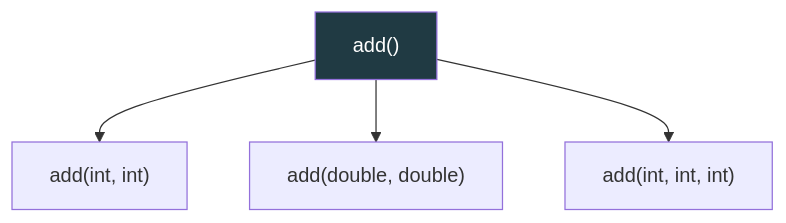
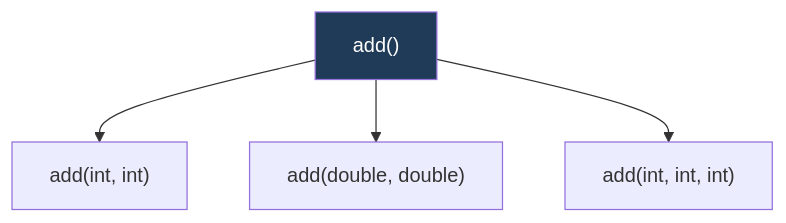
One commit to kundankumarsharma56/Leaning-Java changed the second of 2 diagrams in src/Theory/05-OOPS-Part-1/05-Methods.md. Above: the diagram before and after it, drawn with Mermaid. The commit also changed other lines of this file and 84 other files, not shown here.

````diff
--- a/src/Theory/05-OOPS-Part-1/05-Methods.md
+++ b/src/Theory/05-OOPS-Part-1/05-Methods.md
@@ -56,7 +56,7 @@
 ```mermaid
 flowchart TD
     M["add()"] --> M1["add(int, int)"]
     M --> M2["add(double, double)"]
     M --> M3["add(int, int, int)"]
-    style M fill:#203a43,color:#fff
+    style M fill:#1f3b57,color:#fff
 ```
````
